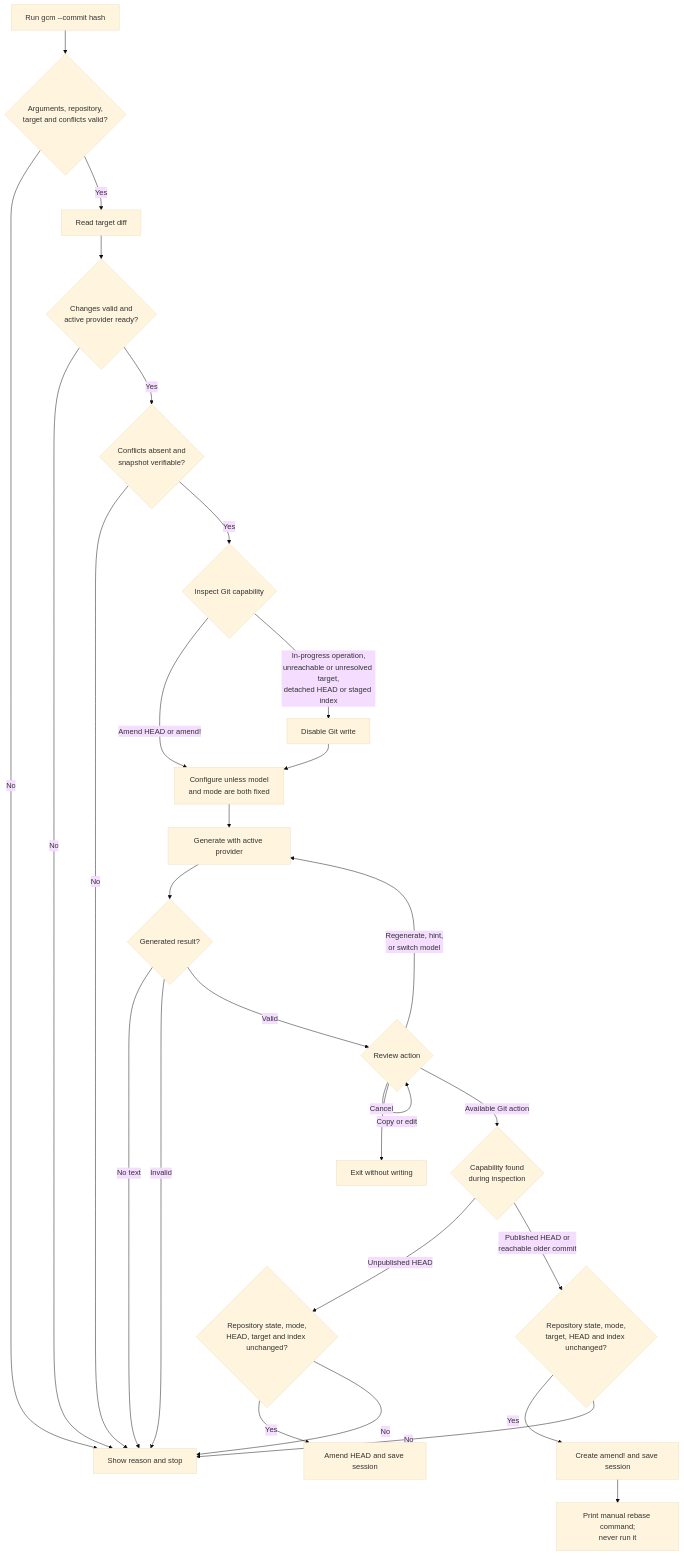
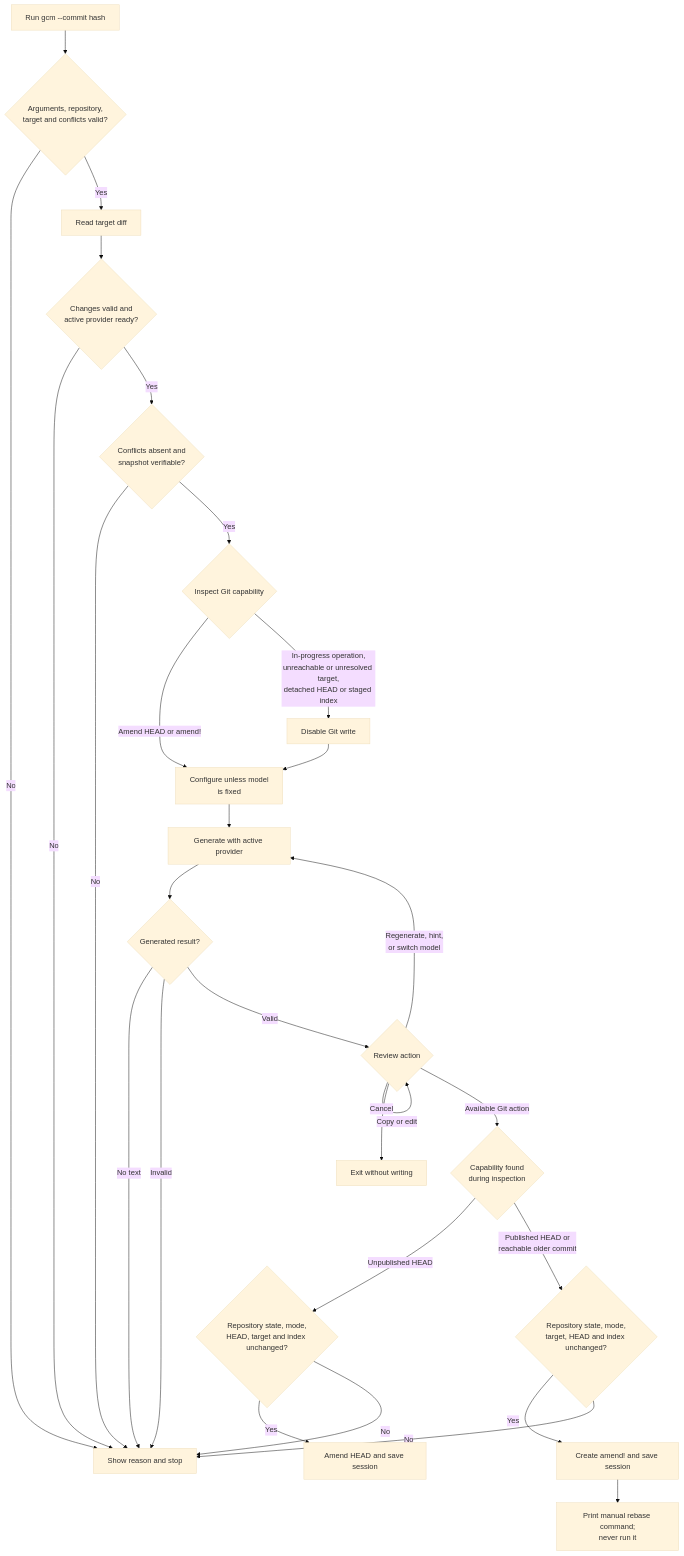
One commit to cebreus/gcm changed the third of 4 diagrams in docs/user-flow.md. Above: the diagram before and after it, drawn with Mermaid (base theme). The commit also changed other lines of this file and 2 other files, not shown here.

````diff
--- a/docs/user-flow.md
+++ b/docs/user-flow.md
@@ -78,30 +78,30 @@
 ```mermaid
 flowchart TD
   A[Run gcm --commit hash] --> B{Arguments, repository,<br/>target and conflicts valid?}
   B -- No --> X[Show reason and stop]
   B -- Yes --> C[Read target diff]
   C --> C2{Changes valid and<br/>active provider ready?}
   C2 -- No --> X
   C2 -- Yes --> C3{Conflicts absent and<br/>snapshot verifiable?}
   C3 -- No --> X
   C3 -- Yes --> C4{Inspect Git capability}
-  C4 -- Amend HEAD or amend! --> D[Configure unless model<br/>and mode are both fixed]
+  C4 -- Amend HEAD or amend! --> D[Configure unless model<br/>is fixed]
   C4 -- In-progress operation,<br/>unreachable or unresolved target,<br/>detached HEAD or staged index --> R[Disable Git write]
   R --> D
   D --> E[Generate with active provider]
   E --> F{Generated result?}
   F -- No text --> X
   F -- Invalid --> X
   F -- Valid --> G{Review action}
   G -- Copy or edit --> G
   G -- Regenerate, hint,<br/>or switch model --> E
   G -- Cancel --> Z[Exit without writing]
   G -- Available Git action --> H{Capability found<br/>during inspection}
   H -- Unpublished HEAD --> I{Repository state, mode,<br/>HEAD, target and index unchanged?}
   I -- Yes --> J[Amend HEAD and save session]
   I -- No --> X
   H -- Published HEAD or<br/>reachable older commit --> K{Repository state, mode,<br/>target, HEAD and index unchanged?}
   K -- Yes --> L[Create amend! and save session]
   L --> M[Print manual rebase command;<br/>never run it]
   K -- No --> X
 ```
````
